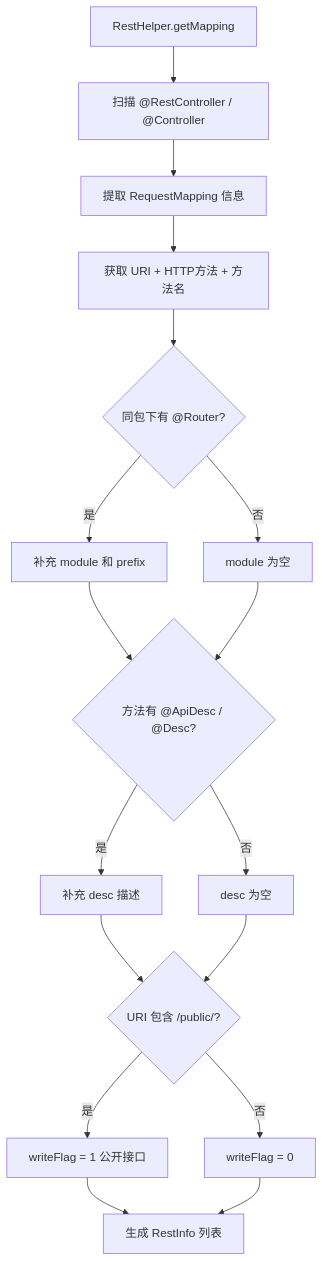
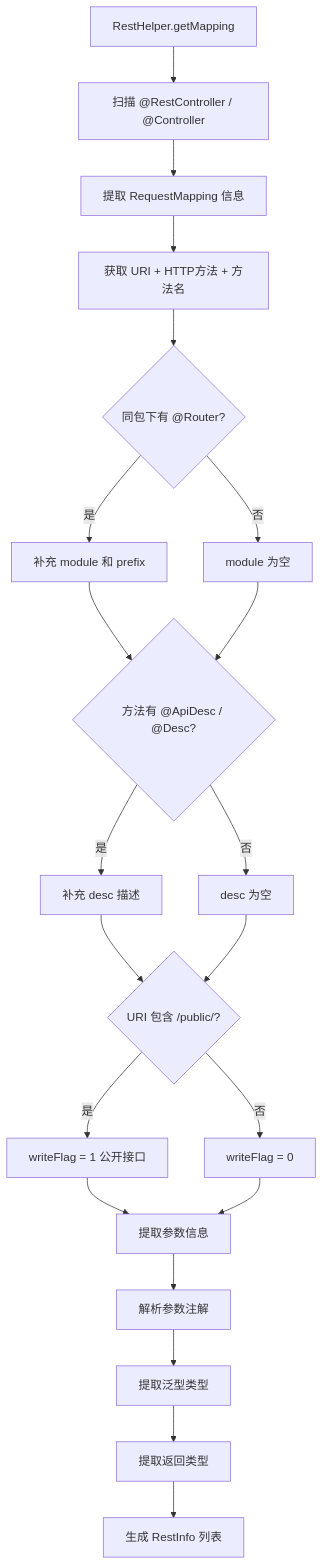
The diagram in docs/stories/US-014-REST接口元数据扫描.md (shrimp-group/sh-framework), drawn with Mermaid before and after one commit. The commit also changed other lines of this file and 5 other files, not shown here.

````diff
--- a/docs/stories/US-014-REST接口元数据扫描.md
+++ b/docs/stories/US-014-REST接口元数据扫描.md
@@ -13,19 +13,23 @@
 ```mermaid
 flowchart TD
     A[RestHelper.getMapping] --> B[扫描 @RestController / @Controller]
     B --> C[提取 RequestMapping 信息]
     C --> D[获取 URI + HTTP方法 + 方法名]
     D --> E{同包下有 @Router?}
     E -->|是| F[补充 module 和 prefix]
     E -->|否| G[module 为空]
     F --> H{方法有 @ApiDesc / @Desc?}
     G --> H
     H -->|是| I[补充 desc 描述]
     H -->|否| J[desc 为空]
     I --> K{URI 包含 /public/?}
     J --> K
     K -->|是| L[writeFlag = 1 公开接口]
     K -->|否| M[writeFlag = 0]
-    L --> N[生成 RestInfo 列表]
+    L --> N[提取参数信息]
     M --> N
+    N --> O[解析参数注解]
+    O --> P[提取泛型类型]
+    P --> Q[提取返回类型]
+    Q --> R[生成 RestInfo 列表]
 ```
````
